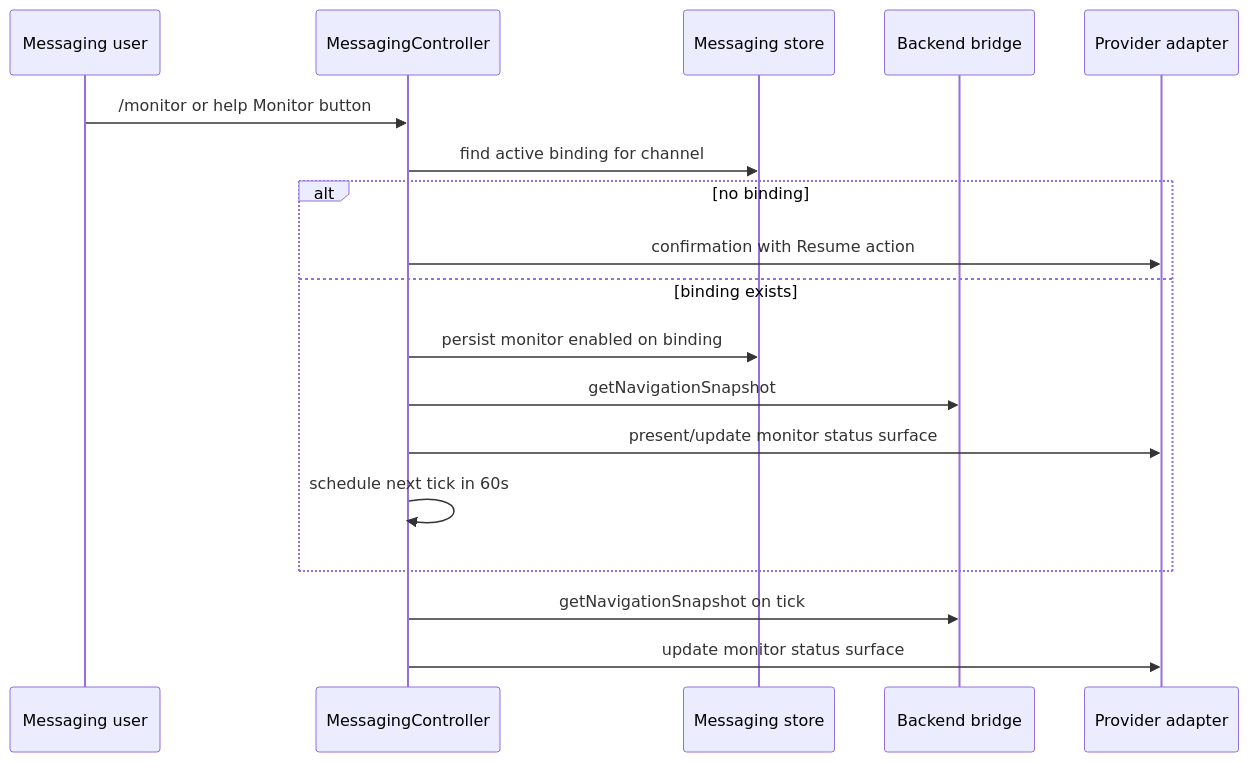
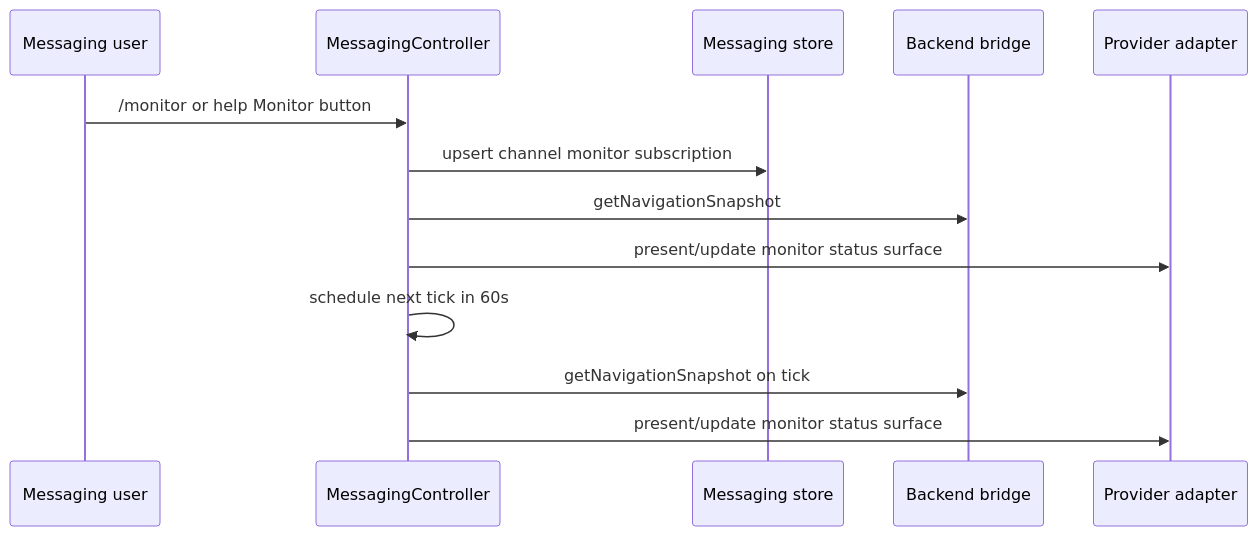
The second of 3 diagrams in docs/plans/2026-05-11-001-feat-messaging-monitor-command-plan.md (pwrdrvr/PwrAgent), drawn with Mermaid before and after one commit. The commit also changed other lines of this file and 11 other files, not shown here.

Commit message:
fix(messaging): make monitor channel scoped

````diff
--- a/docs/plans/2026-05-11-001-feat-messaging-monitor-command-plan.md
+++ b/docs/plans/2026-05-11-001-feat-messaging-monitor-command-plan.md
@@ -108,21 +106,16 @@
 ```mermaid
 sequenceDiagram
     participant User as Messaging user
     participant Controller as MessagingController
     participant Store as Messaging store
     participant Backend as Backend bridge
     participant Adapter as Provider adapter
 
     User->>Controller: /monitor or help Monitor button
-    Controller->>Store: find active binding for channel
-    alt no binding
-      Controller->>Adapter: confirmation with Resume action
-    else binding exists
-      Controller->>Store: persist monitor enabled on binding
-      Controller->>Backend: getNavigationSnapshot
-      Controller->>Adapter: present/update monitor status surface
-      Controller->>Controller: schedule next tick in 60s
-    end
+    Controller->>Store: upsert channel monitor subscription
+    Controller->>Backend: getNavigationSnapshot
+    Controller->>Adapter: present/update monitor status surface
+    Controller->>Controller: schedule next tick in 60s
     Controller->>Backend: getNavigationSnapshot on tick
-    Controller->>Adapter: update monitor status surface
+    Controller->>Adapter: present/update monitor status surface
 ```
````
